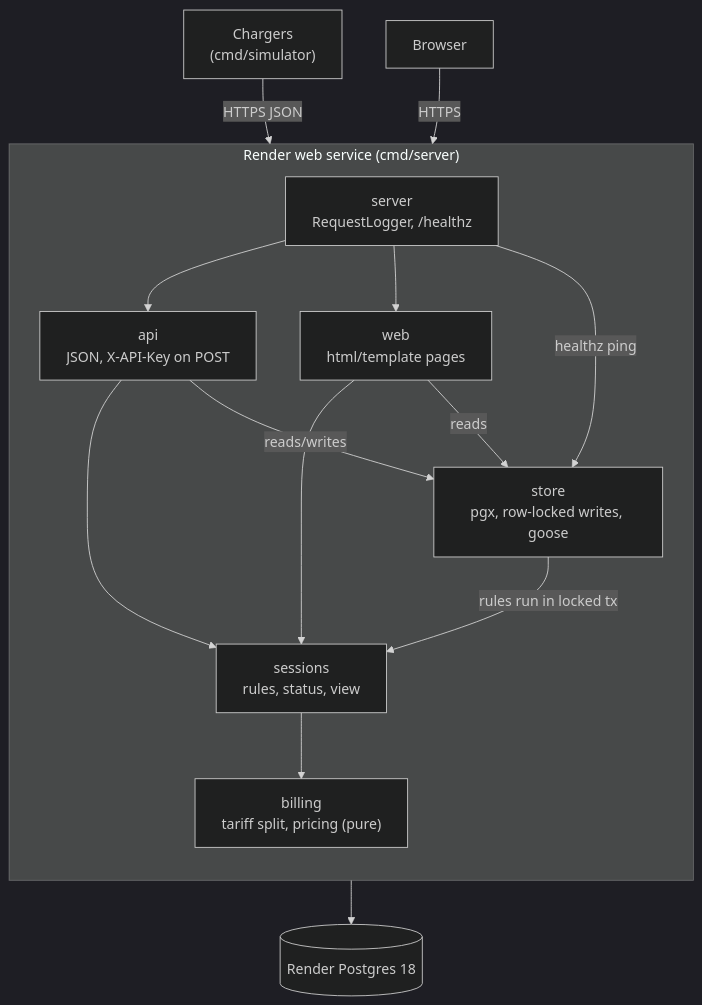
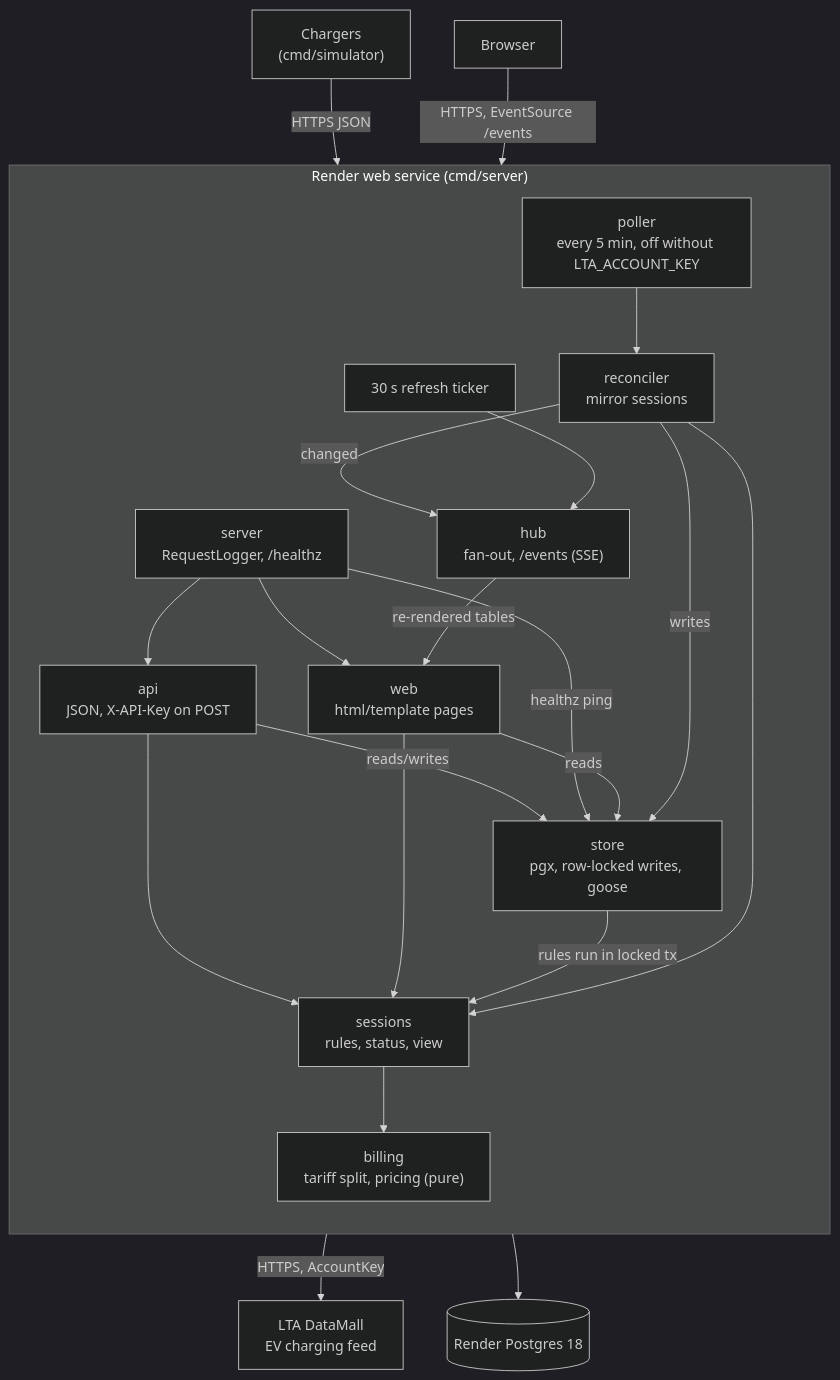
The first of 2 diagrams in README.md (jlimty/ev-bill), drawn with Mermaid (dark theme) before and after one commit. The commit also changed other lines of this file and 3 other files, not shown here.

````diff
--- a/README.md
+++ b/README.md
@@ -9,30 +9,42 @@
 ```mermaid
 flowchart TB
     SIM["Chargers<br/>(cmd/simulator)"]
     BROWSER["Browser"]
+    LTA["LTA DataMall<br/>EV charging feed"]
 
     subgraph RENDER["Render web service (cmd/server)"]
         direction TB
         SRV["server<br/>RequestLogger, /healthz"]
         API["api<br/>JSON, X-API-Key on POST"]
         WEB["web<br/>html/template pages"]
         SES["sessions<br/>rules, status, view"]
         BIL["billing<br/>tariff split, pricing (pure)"]
         STO["store<br/>pgx, row-locked writes, goose"]
         SRV --> API
         SRV --> WEB
         API --> SES
         WEB --> SES
         SES --> BIL
         API -->|"reads/writes"| STO
         SRV -->|"healthz ping"| STO
         WEB -->|"reads"| STO
         STO -->|"rules run in locked tx"| SES
+        POLL["poller<br/>every 5 min, off without LTA_ACCOUNT_KEY"]
+        REC["reconciler<br/>mirror sessions"]
+        HUB["hub<br/>fan-out, /events (SSE)"]
+        TICK["30 s refresh ticker"]
+        POLL --> REC
+        REC --> SES
+        REC -->|"writes"| STO
+        REC -->|"changed"| HUB
+        TICK --> HUB
+        HUB -->|"re-rendered tables"| WEB
     end
 
     DB[("Render Postgres 18")]
 
     SIM -->|"HTTPS JSON"| SRV
-    BROWSER -->|"HTTPS"| SRV
+    BROWSER -->|"HTTPS, EventSource /events"| SRV
+    POLL -->|"HTTPS, AccountKey"| LTA
     STO --> DB
 ```
````
